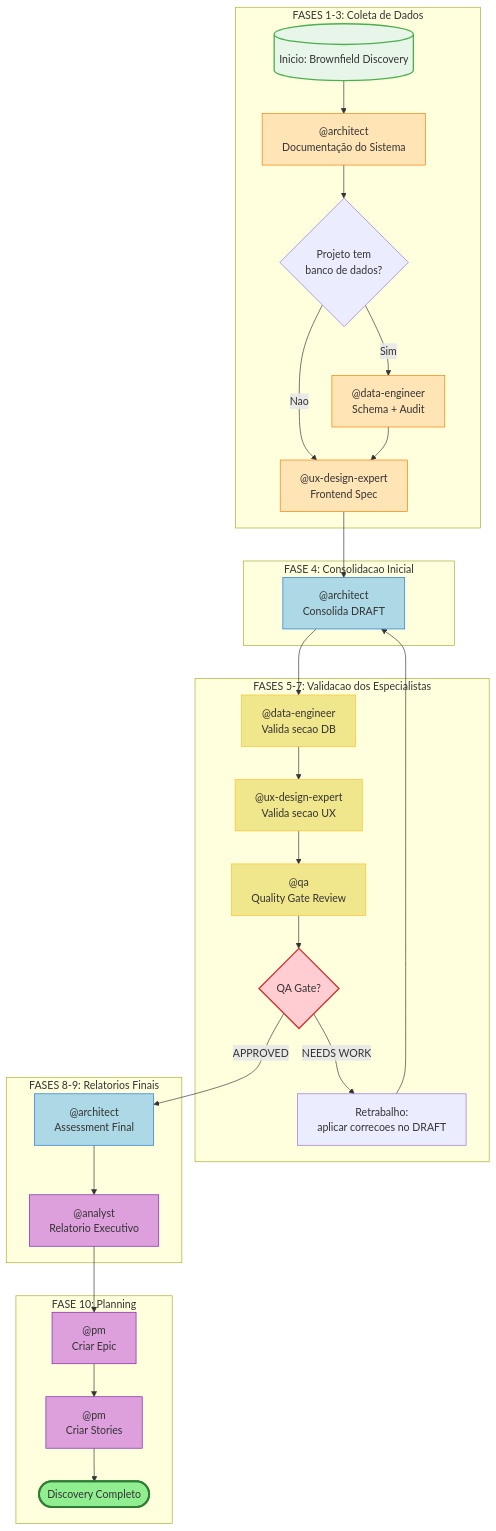
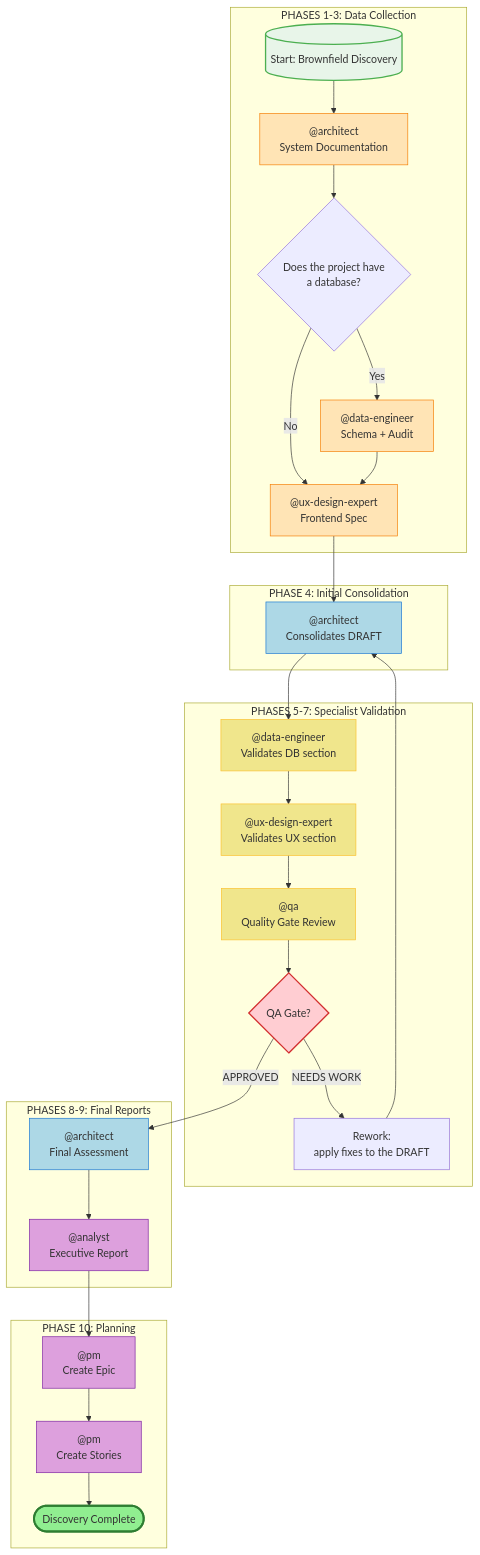
One commit to CyryxLabs/AEXOS changed the first of 7 diagrams in docs/aexos-workflows/brownfield-discovery-workflow.md. Above: the diagram before and after it, drawn with Mermaid. The commit also changed other lines of this file and 528 other files, not shown here.

````diff
--- a/docs/aexos-workflows/brownfield-discovery-workflow.md
+++ b/docs/aexos-workflows/brownfield-discovery-workflow.md
@@ -38,49 +38,49 @@
 ```mermaid
 flowchart TD
-    subgraph FASE_1_3["FASES 1-3: Coleta de Dados"]
-        A[("Inicio: Brownfield Discovery")] --> B["@architect<br/>Documentação do Sistema"]
-        B --> C{Projeto tem<br/>banco de dados?}
-        C -->|Sim| D["@data-engineer<br/>Schema + Audit"]
-        C -->|Nao| E["@ux-design-expert<br/>Frontend Spec"]
+    subgraph FASE_1_3["PHASES 1-3: Data Collection"]
+        A[("Start: Brownfield Discovery")] --> B["@architect<br/>System Documentation"]
+        B --> C{Does the project have<br/>a database?}
+        C -->|Yes| D["@data-engineer<br/>Schema + Audit"]
+        C -->|No| E["@ux-design-expert<br/>Frontend Spec"]
         D --> E
     end
 
-    subgraph FASE_4["FASE 4: Consolidacao Inicial"]
-        E --> F["@architect<br/>Consolida DRAFT"]
+    subgraph FASE_4["PHASE 4: Initial Consolidation"]
+        E --> F["@architect<br/>Consolidates DRAFT"]
     end
 
-    subgraph FASE_5_7["FASES 5-7: Validacao dos Especialistas"]
-        F --> G["@data-engineer<br/>Valida secao DB"]
-        G --> H["@ux-design-expert<br/>Valida secao UX"]
+    subgraph FASE_5_7["PHASES 5-7: Specialist Validation"]
+        F --> G["@data-engineer<br/>Validates DB section"]
+        G --> H["@ux-design-expert<br/>Validates UX section"]
         H --> I["@qa<br/>Quality Gate Review"]
         I --> J{QA Gate?}
-        J -->|NEEDS WORK| K["Retrabalho:<br/>aplicar correcoes no DRAFT"]
+        J -->|NEEDS WORK| K["Rework:<br/>apply fixes to the DRAFT"]
         K --> F
     end
 
-    subgraph FASE_8_9["FASES 8-9: Relatorios Finais"]
-        J -->|APPROVED| L["@architect<br/>Assessment Final"]
-        L --> M["@analyst<br/>Relatorio Executivo"]
+    subgraph FASE_8_9["PHASES 8-9: Final Reports"]
+        J -->|APPROVED| L["@architect<br/>Final Assessment"]
+        L --> M["@analyst<br/>Executive Report"]
     end
 
-    subgraph FASE_10["FASE 10: Planning"]
-        M --> N["@pm<br/>Criar Epic"]
-        N --> O["@pm<br/>Criar Stories"]
-        O --> P(["Discovery Completo"])
+    subgraph FASE_10["PHASE 10: Planning"]
+        M --> N["@pm<br/>Create Epic"]
+        N --> O["@pm<br/>Create Stories"]
+        O --> P(["Discovery Complete"])
     end
 
     style A fill:#E8F5E9,stroke:#4CAF50,stroke-width:2px
     style P fill:#90EE90,stroke:#2E7D32,stroke-width:3px
     style B fill:#FFE4B5,stroke:#F57C00
     style D fill:#FFE4B5,stroke:#F57C00
     style E fill:#FFE4B5,stroke:#F57C00
     style F fill:#ADD8E6,stroke:#1976D2
     style L fill:#ADD8E6,stroke:#1976D2
     style G fill:#F0E68C,stroke:#FBC02D
     style H fill:#F0E68C,stroke:#FBC02D
     style I fill:#F0E68C,stroke:#FBC02D
     style M fill:#DDA0DD,stroke:#7B1FA2
     style N fill:#DDA0DD,stroke:#7B1FA2
     style O fill:#DDA0DD,stroke:#7B1FA2
     style J fill:#FFCDD2,stroke:#D32F2F,stroke-width:2px
 ```
````
